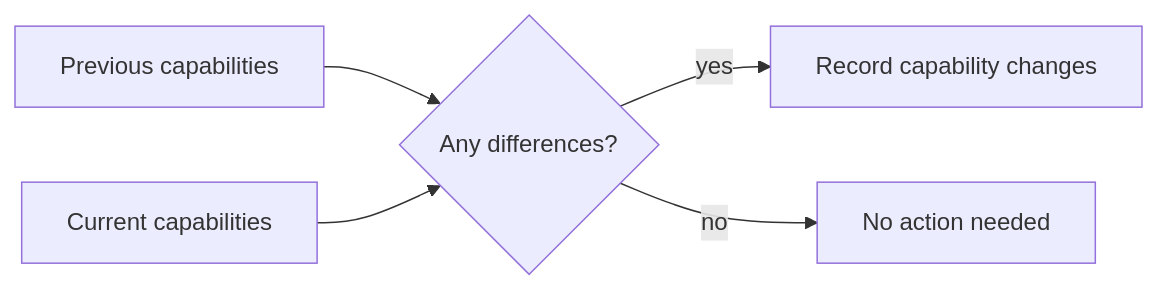
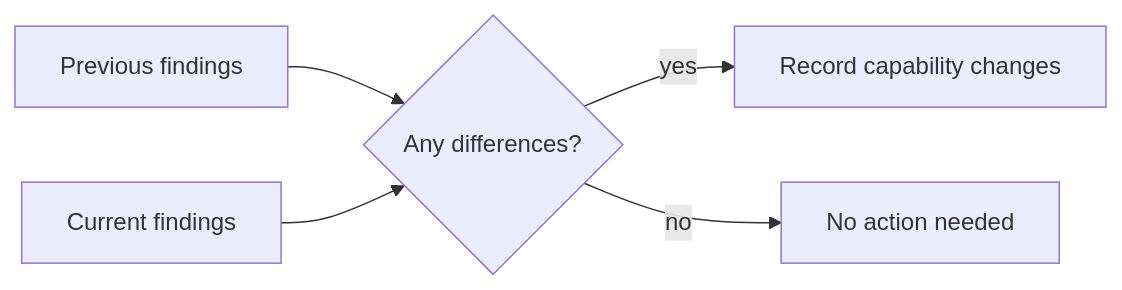
The tenth of 34 diagrams in .tasks/plans/algorithm graph creator/feedback.md (nestharus/ai-workflow), drawn with Mermaid before and after one commit. The commit also changed other lines of this file and 14 other files, not shown here.

````diff
--- a/.tasks/plans/algorithm graph creator/feedback.md
+++ b/.tasks/plans/algorithm graph creator/feedback.md
@@ -302,7 +428,7 @@
 ```mermaid
 flowchart LR
-    OLD[Previous capabilities] --> CMP{Any differences?}
-    NEW[Current capabilities] --> CMP
+    OLD[Previous findings] --> CMP{Any differences?}
+    NEW[Current findings] --> CMP
     CMP -->|yes| LOG[Record capability changes]
     CMP -->|no| SKIP[No action needed]
 ```
````
